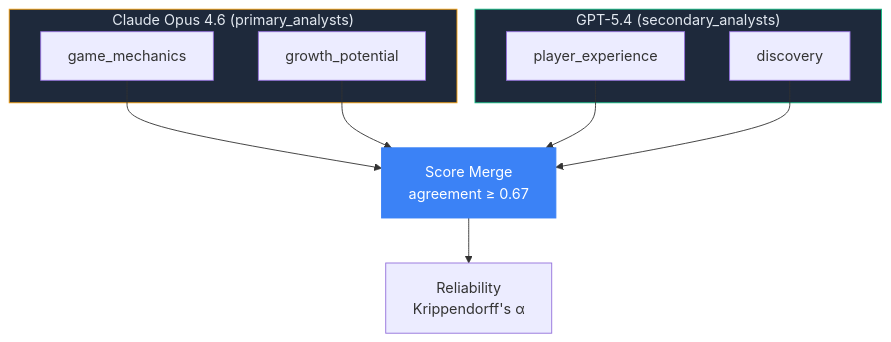
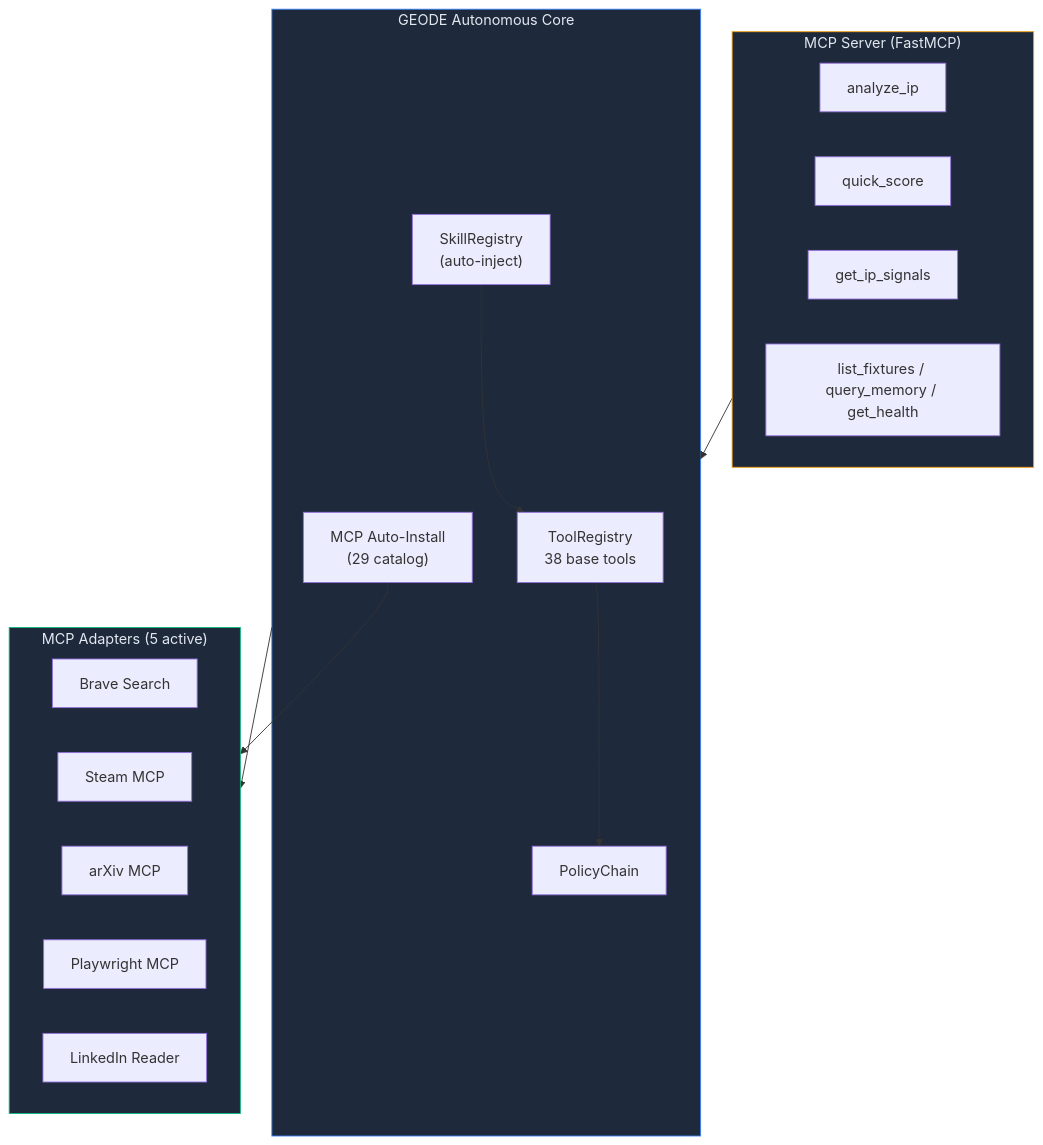
Before and after one commit to mangowhoiscloud/geode: the ninth of 11 diagrams in README.md, drawn with Mermaid. The commit also changed other lines of this file, not shown here.

````diff
--- a/README.md
+++ b/README.md
@@ -734,22 +388,34 @@
 ```mermaid
 graph TB
-    subgraph Primary["Claude Opus 4.6 (primary_analysts)"]
-        GM["game_mechanics"]
-        GP["growth_potential"]
+    subgraph GEODE["GEODE Autonomous Core"]
+        Registry["ToolRegistry<br/>38 base tools"]
+        Policy["PolicyChain"]
+        SkillReg["SkillRegistry<br/>(auto-inject)"]
+        MCPInstall["MCP Auto-Install<br/>(29 catalog)"]
     end
 
-    subgraph Secondary["GPT-5.4 (secondary_analysts)"]
-        PE["player_experience"]
-        DI["discovery"]
+    subgraph MCPAdapters["MCP Adapters (5 active)"]
+        Brave["Brave Search"]
+        Steam["Steam MCP"]
+        ArXiv["arXiv MCP"]
+        PW["Playwright MCP"]
+        LI["LinkedIn Reader"]
     end
 
-    GM --> Merge["Score Merge<br/>agreement ≥ 0.67"]
-    GP --> Merge
-    PE --> Merge
-    DI --> Merge
-    Merge --> Final["Reliability<br/>Krippendorff's α"]
+    subgraph MCPServer["MCP Server (FastMCP)"]
+        T1["analyze_ip"]
+        T2["quick_score"]
+        T3["get_ip_signals"]
+        T4["list_fixtures / query_memory / get_health"]
+    end
 
-    style Primary fill:#1e293b,stroke:#f59e0b,color:#e2e8f0
-    style Secondary fill:#1e293b,stroke:#10b981,color:#e2e8f0
-    style Merge fill:#3b82f6,stroke:#3b82f6,color:#fff
+    Registry --> Policy
+    SkillReg --> Registry
+    MCPInstall --> MCPAdapters
+    GEODE --> MCPAdapters
+    MCPServer --> GEODE
+
+    style GEODE fill:#1e293b,stroke:#3b82f6,color:#e2e8f0
+    style MCPAdapters fill:#1e293b,stroke:#10b981,color:#e2e8f0
+    style MCPServer fill:#1e293b,stroke:#f59e0b,color:#e2e8f0
 ```
````
